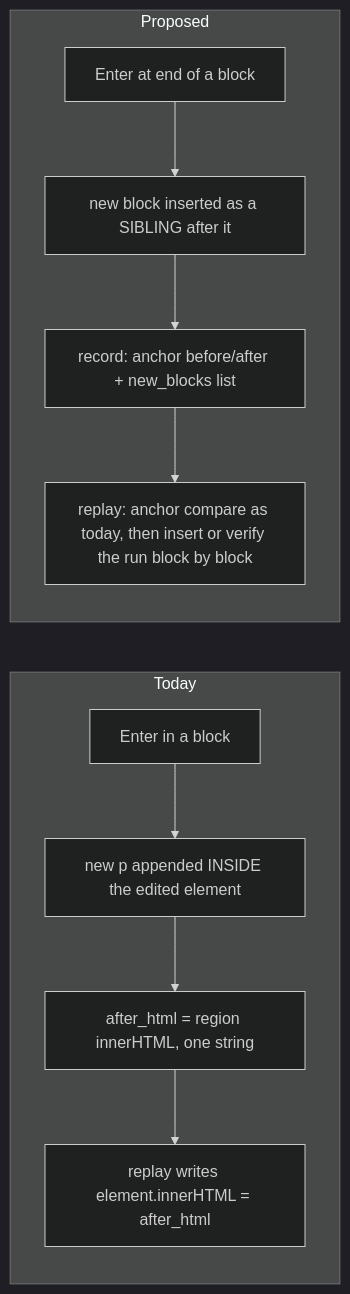
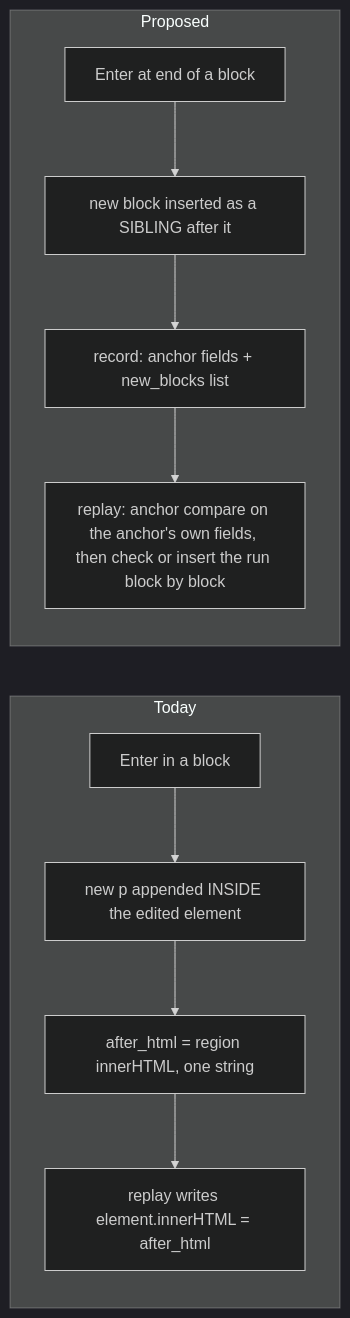
The first of 4 diagrams in docs/features/20260928.01_free_writing/02_architecture_free_writing.md (kenxle/live-agentic-html-editor), drawn with Mermaid (dark theme) before and after one commit. The commit also changed other lines of this file and 1 other file, not shown here.

Commit message:
Free writing architecture: review round 1 integrated except the editing host and Tiptap, which wait on the spike; three pre-existing security gaps boarded

````diff
--- a/docs/features/20260928.01_free_writing/02_architecture_free_writing.md
+++ b/docs/features/20260928.01_free_writing/02_architecture_free_writing.md
@@ -19,13 +19,13 @@
 ```mermaid
 flowchart LR
   subgraph Today
     E1[Enter in a block] --> E2["new p appended INSIDE the edited element"]
     E2 --> E3["after_html = region innerHTML, one string"]
     E3 --> E4["replay writes element.innerHTML = after_html"]
   end
   subgraph Proposed
     P1[Enter at end of a block] --> P2["new block inserted as a SIBLING after it"]
-    P2 --> P3["record: anchor before/after + new_blocks list"]
-    P3 --> P4["replay: anchor compare as today, then insert or verify the run block by block"]
+    P2 --> P3["record: anchor fields + new_blocks list"]
+    P3 --> P4["replay: anchor compare on the anchor's own fields, then check or insert the run block by block"]
   end
 ```
````
